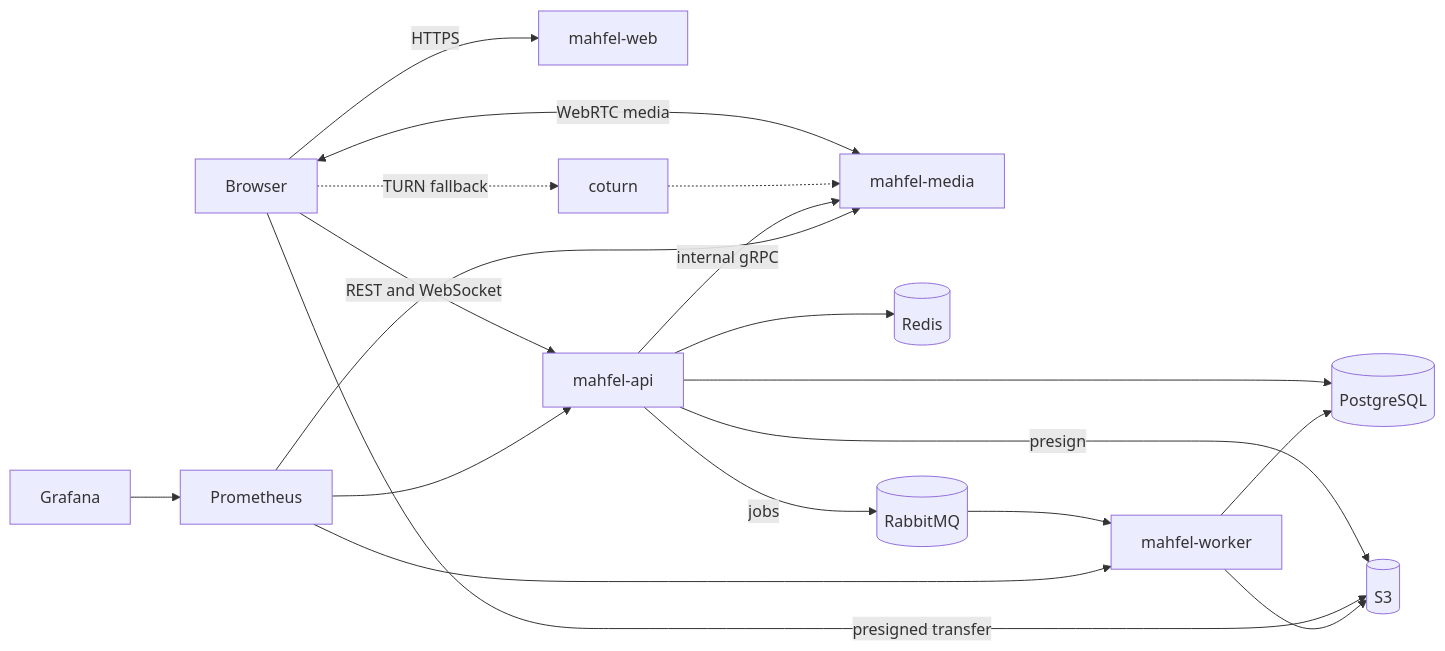
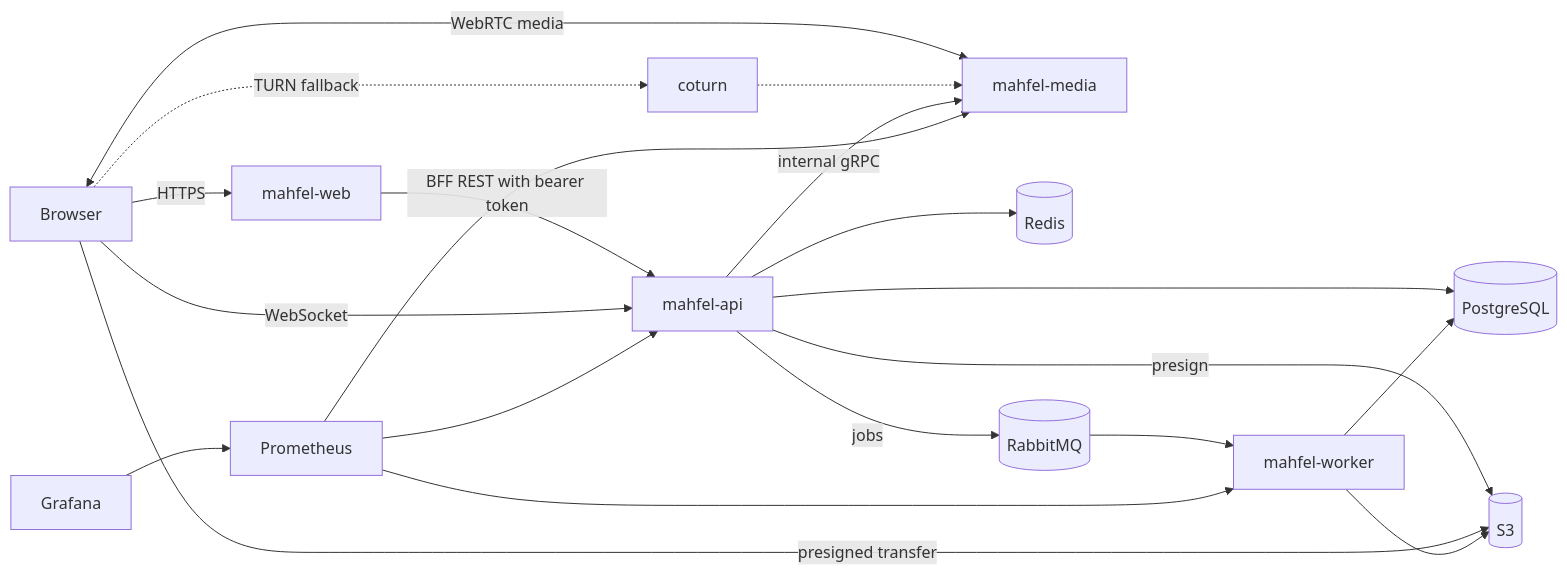
One commit to mhyrzt/mahfel changed the diagram in docs/architecture/overview.md. Above: the diagram before and after it, drawn with Mermaid. The commit also changed other lines of this file and 13 other files, not shown here.

````diff
--- a/docs/architecture/overview.md
+++ b/docs/architecture/overview.md
@@ -7,21 +7,22 @@
 ```mermaid
 flowchart LR
   Browser[Browser] -->|HTTPS| Web[mahfel-web]
-  Browser -->|REST and WebSocket| API[mahfel-api]
+  Web -->|BFF REST with bearer token| API[mahfel-api]
+  Browser -->|WebSocket| API
   Browser <-->|WebRTC media| Media[mahfel-media]
   Browser -.->|TURN fallback| Turn[coturn]
   Turn -.-> Media
   API --> Postgres[(PostgreSQL)]
   API --> Redis[(Redis)]
   API -->|internal gRPC| Media
   API -->|jobs| Rabbit[(RabbitMQ)]
   API -->|presign| S3[(S3)]
   Browser -->|presigned transfer| S3
   Rabbit --> Worker[mahfel-worker]
   Worker --> Postgres
   Worker --> S3
   Ops[Prometheus] --> API
   Ops --> Media
   Ops --> Worker
   Grafana[Grafana] --> Ops
 ```
````
